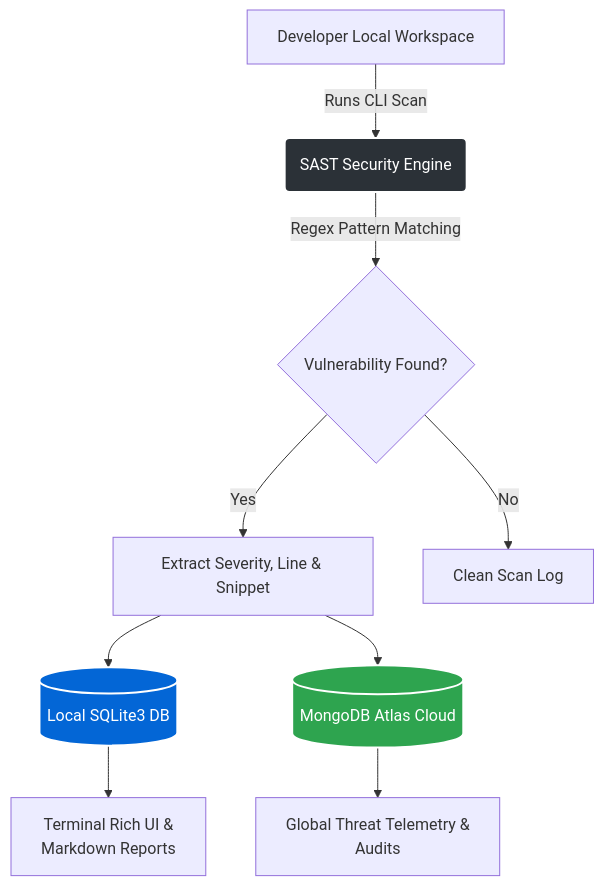
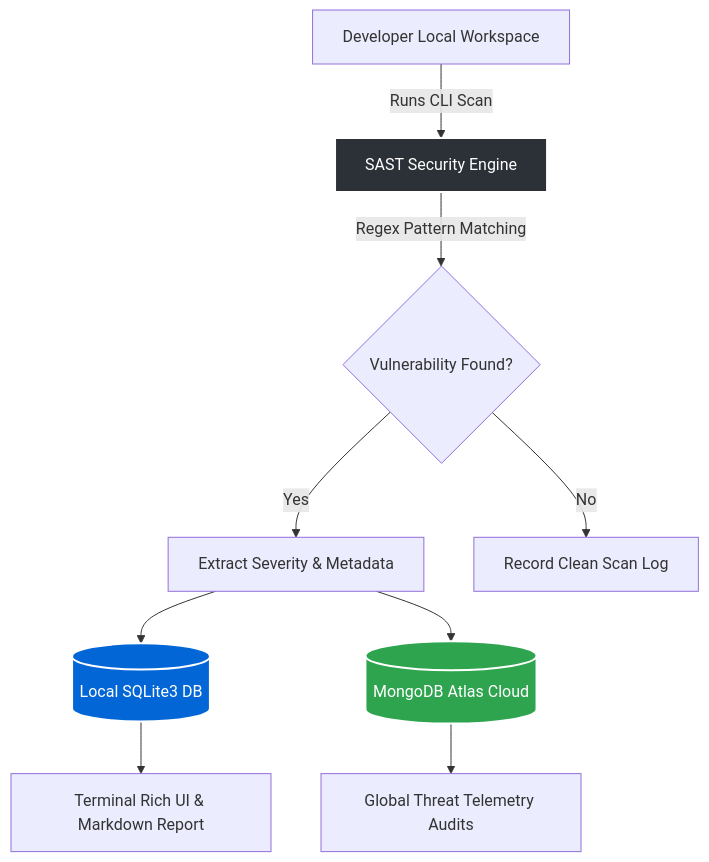
The diagram in README.md (rajeshgurindapalli15-crypto/sast-security-analyzer), drawn with Mermaid before and after one commit.

````diff
--- a/README.md
+++ b/README.md
@@ -14,20 +15,18 @@
 ```mermaid
-
 graph TD
-    A[Developer Local Workspace] -->|Runs CLI Scan| B(SAST Security Engine)
-    B -->|Regex Pattern Matching| C{Vulnerability Found?}
+    A["Developer Local Workspace"] -->|Runs CLI Scan| B["SAST Security Engine"]
+    B -->|Regex Pattern Matching| C{"Vulnerability Found?"}
     
-    C -->|Yes| D[Extract Severity, Line & Snippet]
-    C -->|No| E[Clean Scan Log]
+    C -->|Yes| D["Extract Severity & Metadata"]
+    C -->|No| E["Record Clean Scan Log"]
     
-    D --> F[(Local SQLite3 DB)]
-    D --> G[(MongoDB Atlas Cloud)]
+    D --> F[("Local SQLite3 DB")]
+    D --> G[("MongoDB Atlas Cloud")]
     
-    F --> H["Terminal&nbsp;Rich&nbsp;UI&nbsp;&<br/>Markdown&nbsp;Reports"]
-    G --> I["Global&nbsp;Threat&nbsp;Telemetry&nbsp;&<br/>Audits"]
-
+    F --> H["Terminal Rich UI & Markdown Report"]
+    G --> I["Global Threat Telemetry Audits"]
     style B fill:#2b3137,stroke:#fff,stroke-width:2px,color:#fff
     style F fill:#0366d6,stroke:#fff,stroke-width:2px,color:#fff
     style G fill:#2ea44f,stroke:#fff,stroke-width:2px,color:#fff
 
 ```
````
